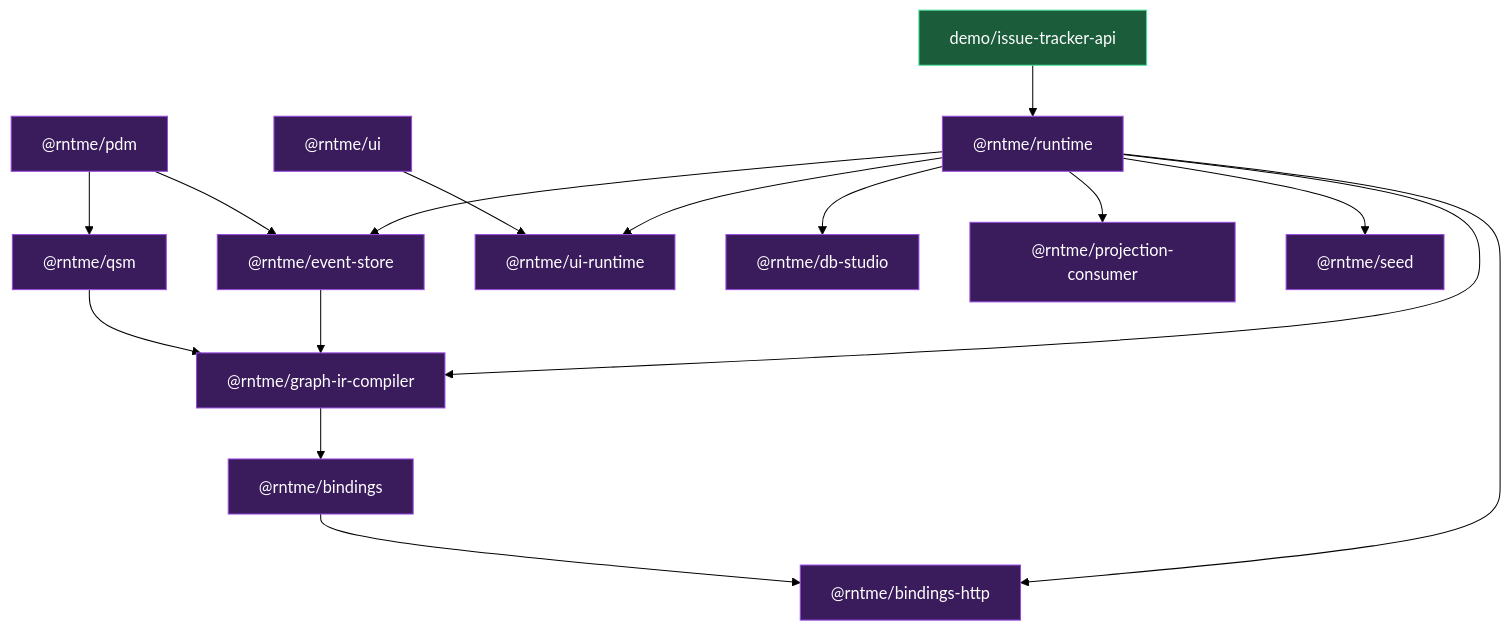
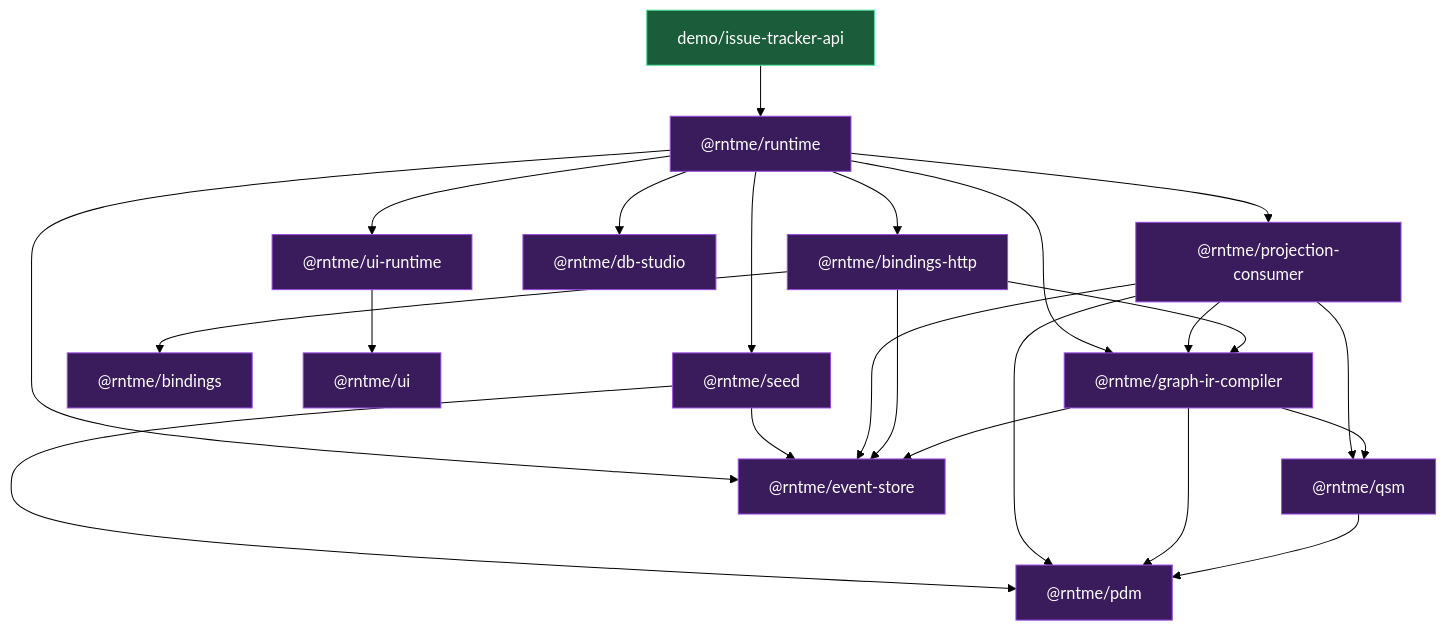
One commit to vladprrs/rntme changed the fourth of 5 diagrams in docs/architecture.md. Above: the diagram before and after it, drawn with Mermaid (forest theme).

Commit message:
docs(architecture): fix §3.2 dependency arrow directions
Arrows were inverted relative to the caption 'depends on'. Verified
against each package.json:

- qsm deps pdm (was PDM→QSM)
- graph-ir-compiler deps pdm+qsm+event-store (was QSM→GIR, ES→GIR)
- bindings-http deps bindings+graph-ir-compiler+event-store (was B→BH)
- ui-runtime deps ui (was UI→UIR)
- projection-consumer deps event-store+graph-ir-compiler+pdm+qsm (added)
- seed deps event-store+pdm (added)

The two bogus edges PDM→ES and GIR→B had no dep basis either direction
and were dropped. Runtime fan-out and demo→runtime were already correct.

````diff
--- a/docs/architecture.md
+++ b/docs/architecture.md
@@ -149,29 +149,28 @@
 ```mermaid
 flowchart TB
     classDef pkg fill:#3a1b5c,stroke:#9a4ae2,color:#fff;
     classDef demo fill:#1b5c3a,stroke:#4ae29a,color:#fff;
 
     PDM["@rntme/pdm"]:::pkg
     QSM["@rntme/qsm"]:::pkg
     ES["@rntme/event-store"]:::pkg
     GIR["@rntme/graph-ir-compiler"]:::pkg
     B["@rntme/bindings"]:::pkg
     BH["@rntme/bindings-http"]:::pkg
     UI["@rntme/ui"]:::pkg
     UIR["@rntme/ui-runtime"]:::pkg
     DS["@rntme/db-studio"]:::pkg
     PC["@rntme/projection-consumer"]:::pkg
     SD["@rntme/seed"]:::pkg
     RT["@rntme/runtime"]:::pkg
     DEMO["demo/issue-tracker-api"]:::demo
 
-    PDM --> QSM
-    PDM --> ES
-    QSM --> GIR
-    ES --> GIR
-    GIR --> B
-    B --> BH
-    UI --> UIR
+    QSM --> PDM
+    GIR --> PDM & QSM & ES
+    BH --> B & GIR & ES
+    UIR --> UI
+    PC --> ES & GIR & PDM & QSM
+    SD --> ES & PDM
     RT --> BH & UIR & DS & PC & SD & GIR & ES
     DEMO --> RT
 ```
````
